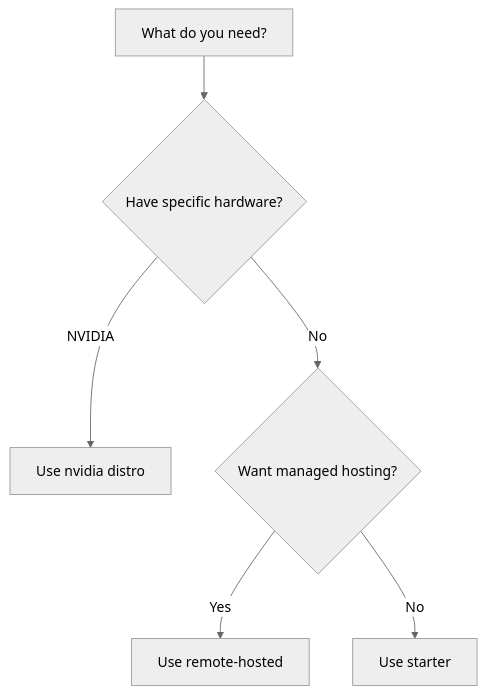
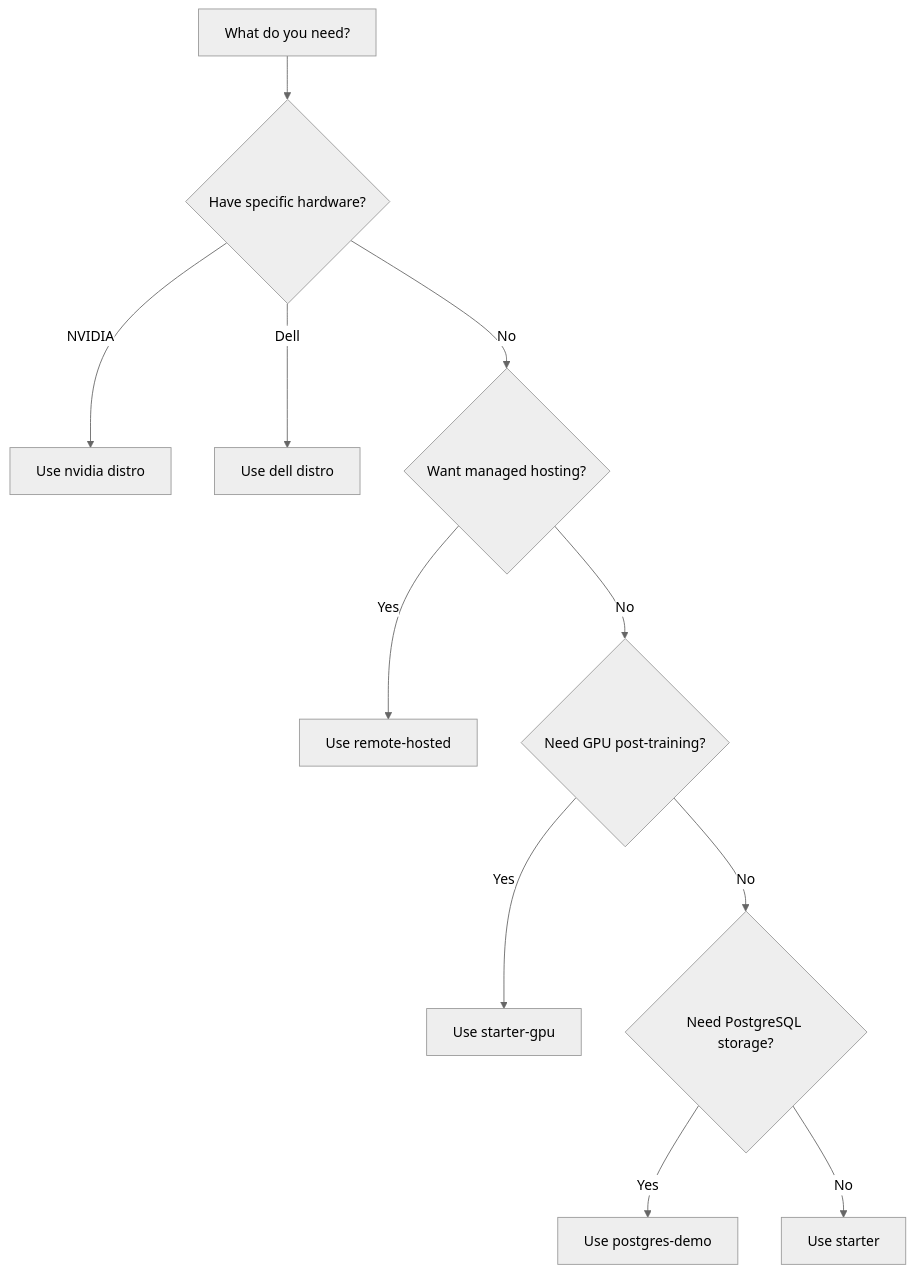
Before and after one commit to llamastack/llama-stack: the diagram in docs/docs/distributions/list_of_distributions.mdx, drawn with Mermaid (neutral theme). The commit also changed other lines of this file and 6 other files, not shown here.

````diff
--- a/docs/docs/distributions/list_of_distributions.mdx
+++ b/docs/docs/distributions/list_of_distributions.mdx
@@ -42,8 +76,13 @@
 ```mermaid
 graph TD
     A[What do you need?] --> B{Have specific hardware?}
     B -->|NVIDIA| C[Use nvidia distro]
+    B -->|Dell| G[Use dell distro]
     B -->|No| D{Want managed hosting?}
     D -->|Yes| E[Use remote-hosted]
-    D -->|No| F[Use starter]
+    D -->|No| H{Need GPU post-training?}
+    H -->|Yes| I[Use starter-gpu]
+    H -->|No| J{Need PostgreSQL storage?}
+    J -->|Yes| K[Use postgres-demo]
+    J -->|No| F[Use starter]
 ```
````
